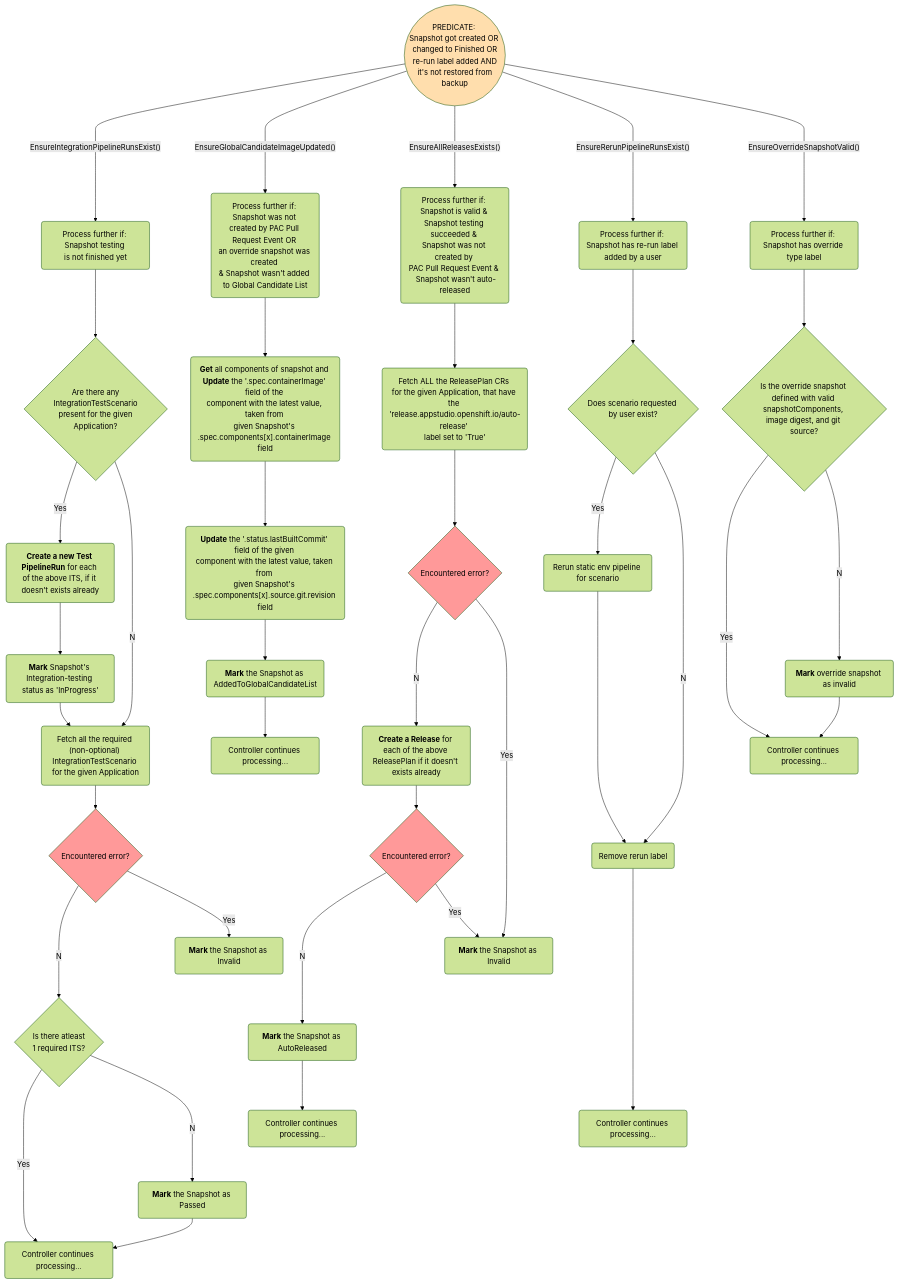
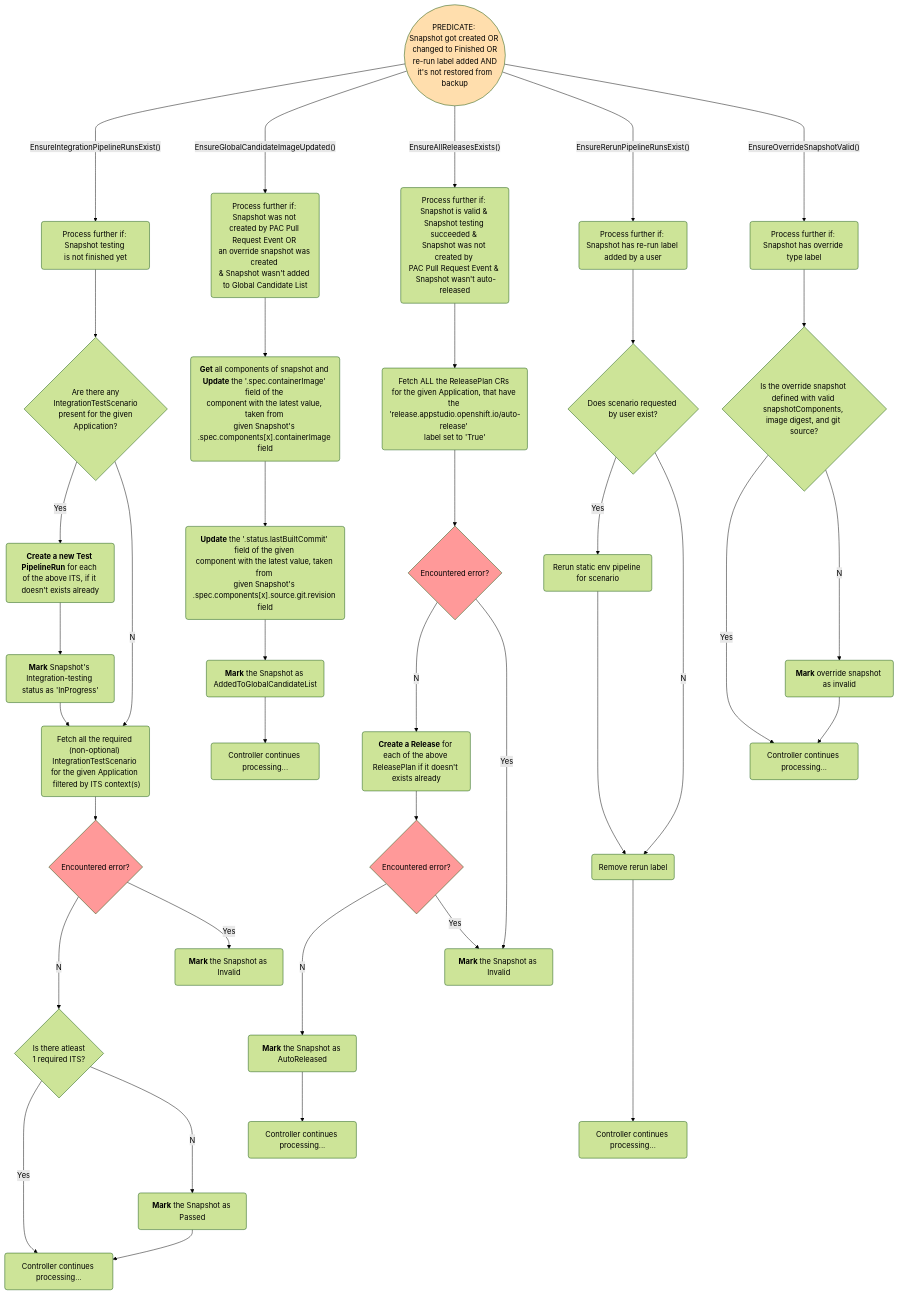
Before and after one commit to konflux-ci/integration-service: the diagram in docs/snapshot-controller.md, drawn with Mermaid. The commit also changed 4 other files, not shown here.

```diff
--- a/docs/snapshot-controller.md
+++ b/docs/snapshot-controller.md
@@ -17,7 +17,7 @@
   are_there_any_ITS{"Are there any <br>IntegrationTestScenario <br>present for the given <br>Application?"}
   create_new_test_PLR(<b>Create a new Test PipelineRun</b> for each <br>of the above ITS, if it doesn't exists already)
   mark_snapshot_InProgress(<b>Mark</b> Snapshot's Integration-testing <br>status as 'InProgress')
-  fetch_all_required_ITS("Fetch all the required <br>(non-optional) IntegrationTestScenario <br>for the given Application")
+  fetch_all_required_ITS("Fetch all the required <br>(non-optional) IntegrationTestScenario <br>for the given Application <br> filtered by ITS context(s)")
   encountered_error1{Encountered error?}
   mark_snapshot_Invalid1(<b>Mark</b> the Snapshot as Invalid)
   is_atleast_1_required_ITS{Is there atleast <br>1 required ITS?}
```
